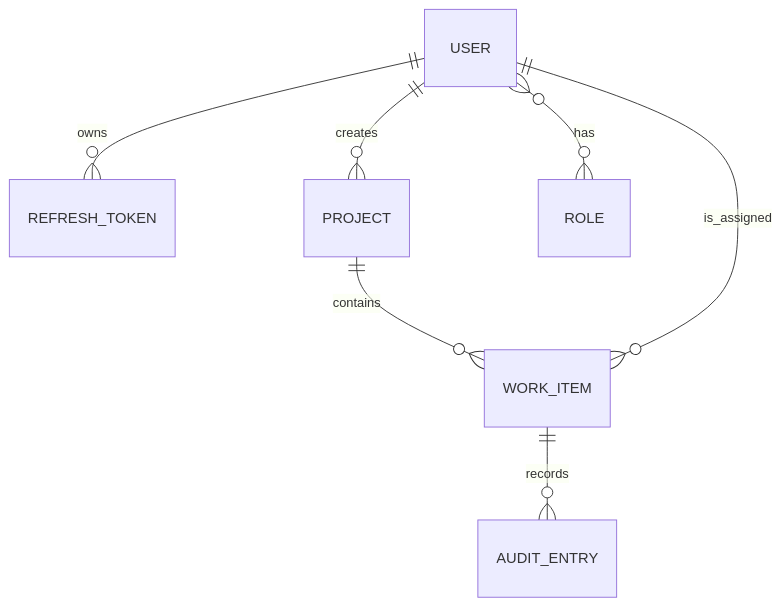
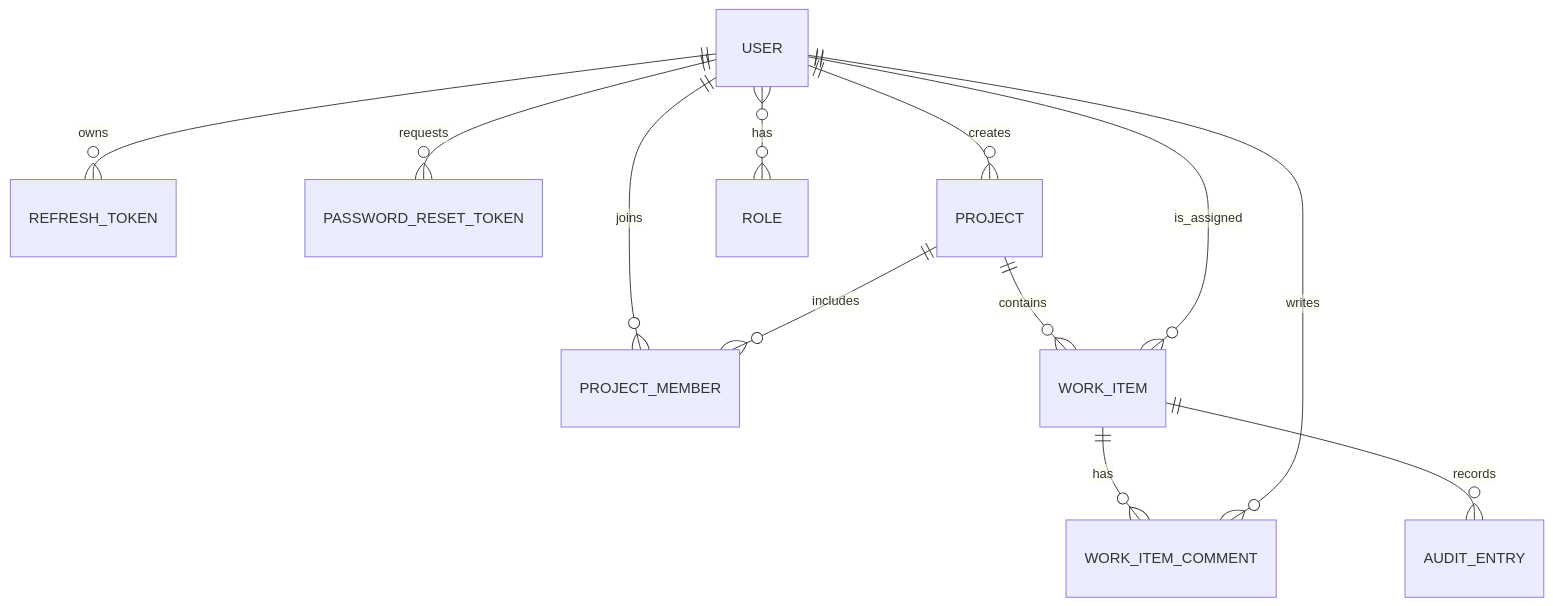
The third of 5 diagrams in README.md (tanapotc/cloudtrack), drawn with Mermaid before and after one commit. The commit also changed other lines of this file and 7 other files, not shown here.

````diff
--- a/README.md
+++ b/README.md
@@ -65,9 +65,14 @@
 ```mermaid
 erDiagram
   USER ||--o{ REFRESH_TOKEN : owns
+  USER ||--o{ PASSWORD_RESET_TOKEN : requests
   USER ||--o{ PROJECT : creates
+  USER ||--o{ PROJECT_MEMBER : joins
+  PROJECT ||--o{ PROJECT_MEMBER : includes
   PROJECT ||--o{ WORK_ITEM : contains
   USER ||--o{ WORK_ITEM : is_assigned
+  WORK_ITEM ||--o{ WORK_ITEM_COMMENT : has
+  USER ||--o{ WORK_ITEM_COMMENT : writes
   USER }o--o{ ROLE : has
   WORK_ITEM ||--o{ AUDIT_ENTRY : records
 ```
````
